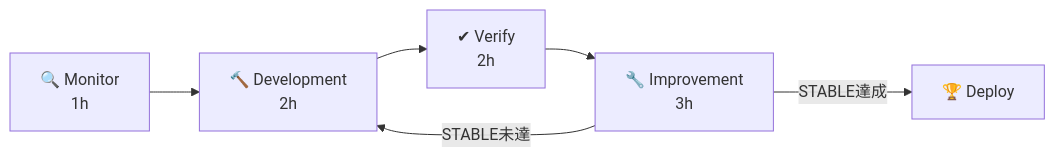
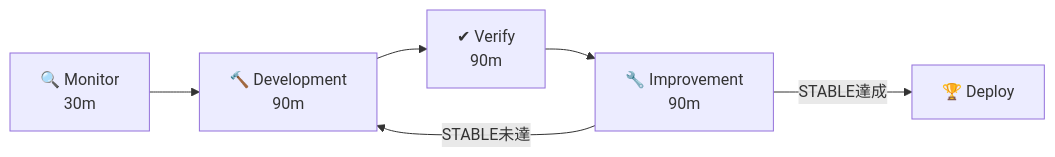
The second of 2 diagrams in .claude/claudeos/CLAUDE.md (Kensan196948G/ClaudeCLI-CodexCLI-CopilotCLI-StartUpTools-New), drawn with Mermaid before and after one commit. The commit also changed other lines of this file and 84 other files, not shown here.

````diff
--- a/.claude/claudeos/CLAUDE.md
+++ b/.claude/claudeos/CLAUDE.md
@@ -173,8 +173,8 @@
 ```mermaid
 flowchart LR
-    M[🔍 Monitor\n1h] --> D[🔨 Development\n2h]
-    D --> V[✔ Verify\n2h]
-    V --> I[🔧 Improvement\n3h]
+    M[🔍 Monitor\n30m] --> D[🔨 Development\n90m]
+    D --> V[✔ Verify\n90m]
+    V --> I[🔧 Improvement\n90m]
     I -->|STABLE未達| D
     I -->|STABLE達成| S[🏆 Deploy]
 ```
````
